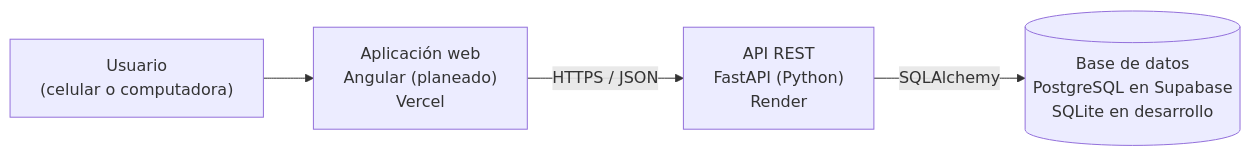
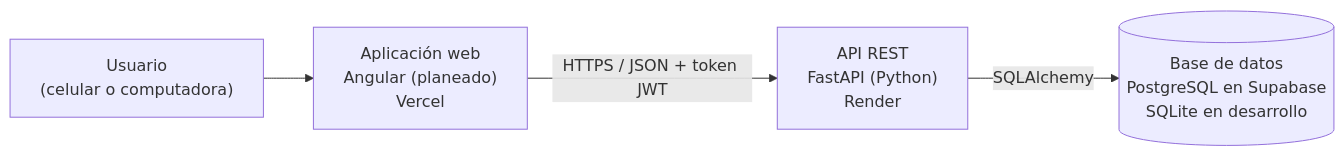
Before and after one commit to Jazzon001/Container-Tracking: the second of 3 diagrams in docs/arquitectura.md, drawn with Mermaid. The commit also changed other lines of this file, not shown here.

````diff
--- a/docs/arquitectura.md
+++ b/docs/arquitectura.md
@@ -31,11 +31,11 @@
 ```mermaid
 flowchart LR
     usuario["Usuario<br/>(celular o computadora)"]
     web["Aplicación web<br/>Angular (planeado)<br/>Vercel"]
     api["API REST<br/>FastAPI (Python)<br/>Render"]
     bd[("Base de datos<br/>PostgreSQL en Supabase<br/>SQLite en desarrollo")]
 
     usuario --> web
-    web -- "HTTPS / JSON" --> api
+    web -- "HTTPS / JSON + token JWT" --> api
     api -- "SQLAlchemy" --> bd
 ```
````
